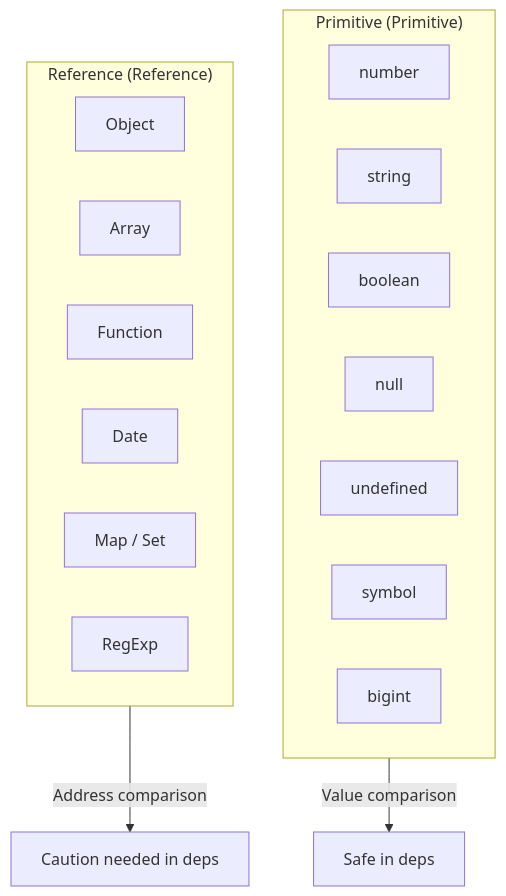
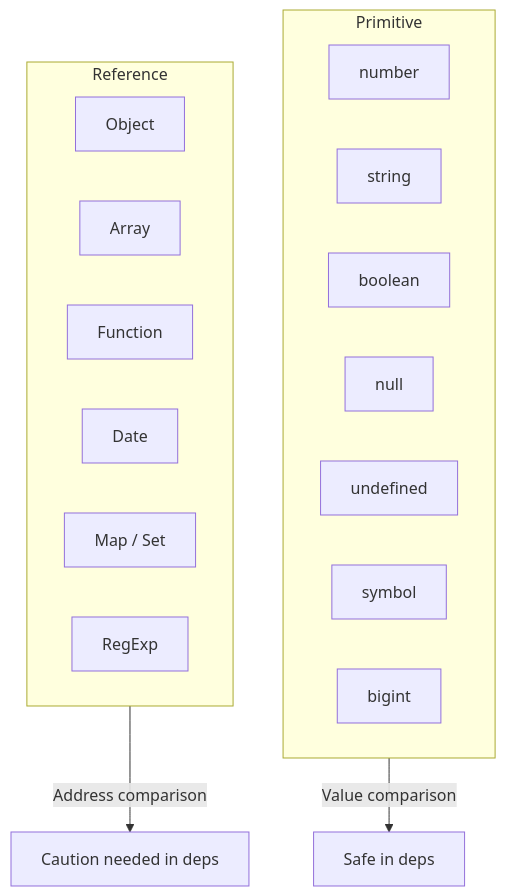
One commit to codefug/codefug.github.io changed the fifth of 5 diagrams in markdown/2026-01-18/en/content.mdx. Above: the diagram before and after it, drawn with Mermaid. The commit also changed other lines of this file, not shown here.

````diff
--- a/markdown/2026-01-18/en/content.mdx
+++ b/markdown/2026-01-18/en/content.mdx
@@ -223,24 +223,24 @@
 ```mermaid
 flowchart TB
-    subgraph Primitive["Primitive (Primitive)"]
+    subgraph Primitive["Primitive"]
         P1[number]
         P2[string]
         P3[boolean]
         P4[null]
         P5[undefined]
         P6[symbol]
         P7[bigint]
     end
 
-    subgraph Reference["Reference (Reference)"]
+    subgraph Reference["Reference"]
         R1[Object]
         R2[Array]
         R3[Function]
         R4[Date]
         R5[Map / Set]
         R6[RegExp]
     end
 
     Primitive -->|"Value comparison"| SAFE["Safe in deps"]
     Reference -->|"Address comparison"| DANGER["Caution needed in deps"]
 ```
````
